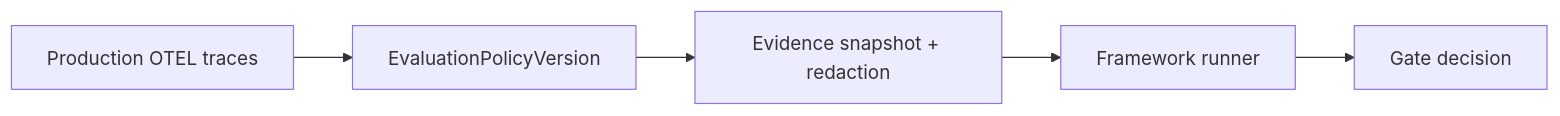
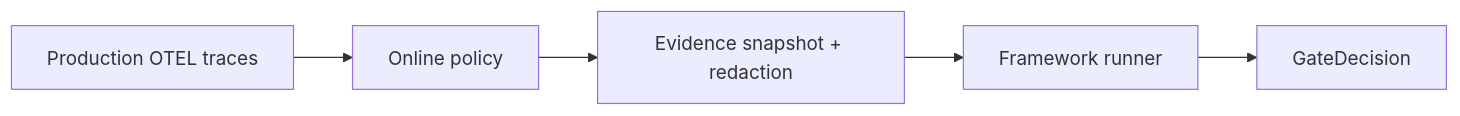
One commit to softprobe/document-website changed the diagram in en/evaluation/concepts/online-evaluation.md. Above: the diagram before and after it, drawn with Mermaid. The commit also changed other lines of this file and 57 other files, not shown here.

````diff
--- a/en/evaluation/concepts/online-evaluation.md
+++ b/en/evaluation/concepts/online-evaluation.md
@@ -9,9 +9,9 @@
 ```mermaid
 flowchart LR
   Traces[Production OTEL traces]
-  Policy[EvaluationPolicyVersion]
+  Policy[Online policy]
   Snapshot[Evidence snapshot + redaction]
   Runner[Framework runner]
-  Gate[Gate decision]
+  Gate[GateDecision]
   Traces --> Policy --> Snapshot --> Runner --> Gate
 ```
````
